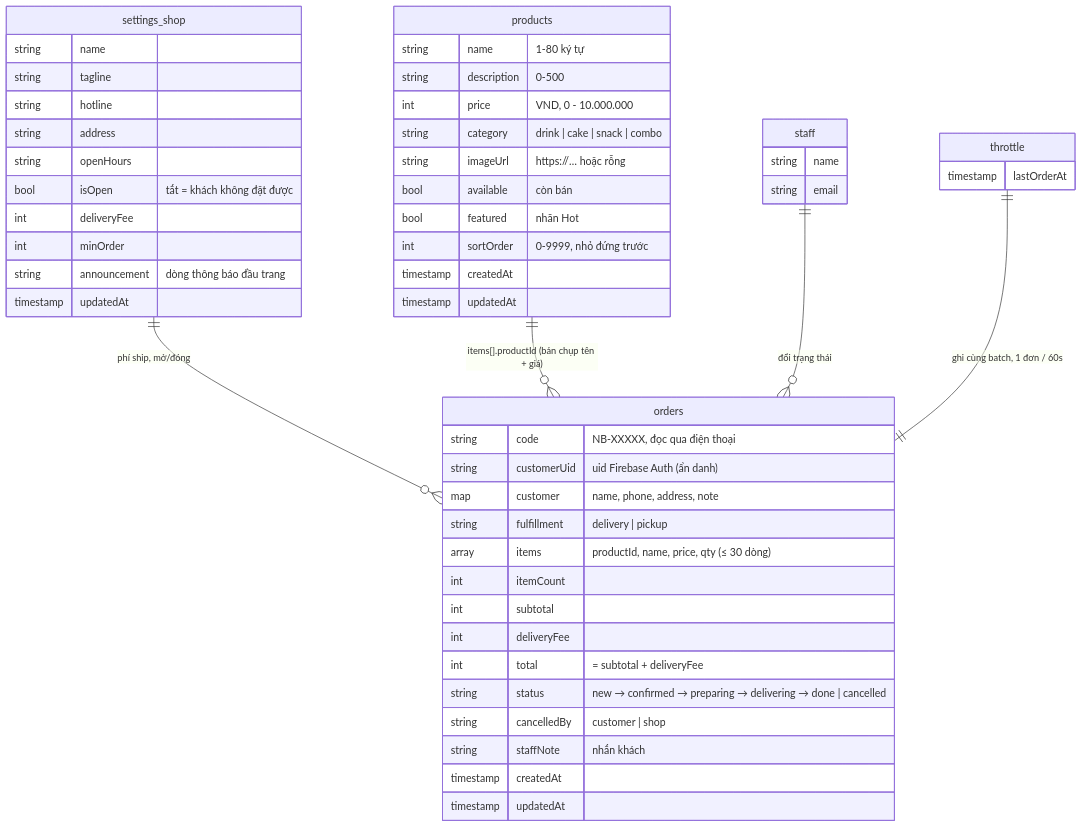
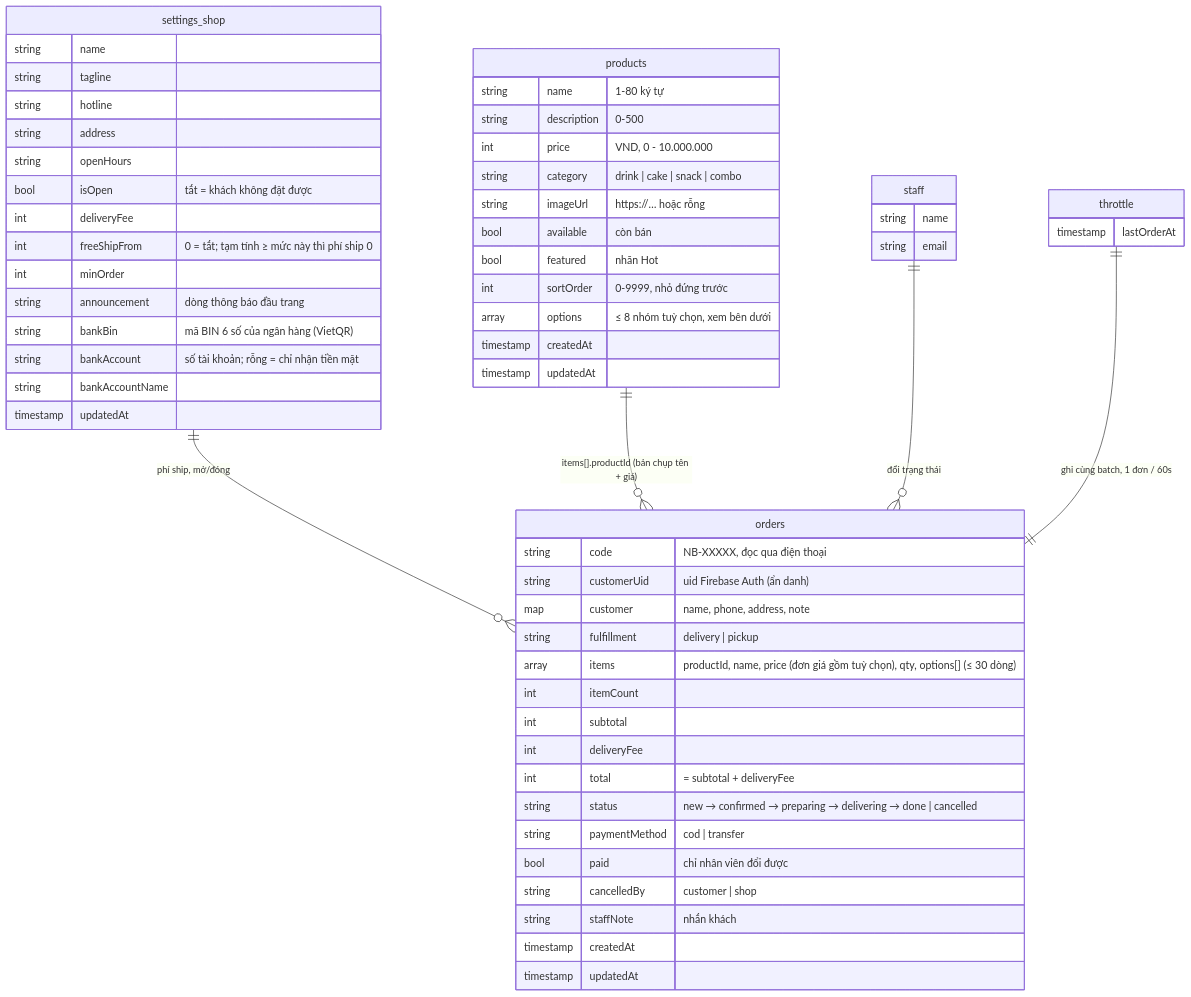
Before and after one commit to Phuc2405/snack-shop: the first of 2 diagrams in docs/DATABASE.md, drawn with Mermaid. The commit also changed other lines of this file and 45 other files, not shown here.

First line of the commit message:
Tuỳ chọn món, freeship, thanh toán VietQR, tách phiên khách/nhân viên

````diff
--- a/docs/DATABASE.md
+++ b/docs/DATABASE.md
@@ -9,55 +9,62 @@
 ```mermaid
 erDiagram
     settings_shop ||--o{ orders : "phí ship, mở/đóng"
     products ||--o{ orders : "items[].productId (bản chụp tên + giá)"
     staff ||--o{ orders : "đổi trạng thái"
     throttle ||--|| orders : "ghi cùng batch, 1 đơn / 60s"
 
     products {
         string name "1-80 ký tự"
         string description "0-500"
         int price "VND, 0 - 10.000.000"
         string category "drink | cake | snack | combo"
         string imageUrl "https://… hoặc rỗng"
         bool available "còn bán"
         bool featured "nhãn Hot"
         int sortOrder "0-9999, nhỏ đứng trước"
+        array options "≤ 8 nhóm tuỳ chọn, xem bên dưới"
         timestamp createdAt
         timestamp updatedAt
     }
     settings_shop {
         string name
         string tagline
         string hotline
         string address
         string openHours
         bool isOpen "tắt = khách không đặt được"
         int deliveryFee
+        int freeShipFrom "0 = tắt; tạm tính ≥ mức này thì phí ship 0"
         int minOrder
         string announcement "dòng thông báo đầu trang"
+        string bankBin "mã BIN 6 số của ngân hàng (VietQR)"
+        string bankAccount "số tài khoản; rỗng = chỉ nhận tiền mặt"
+        string bankAccountName
         timestamp updatedAt
     }
     orders {
         string code "NB-XXXXX, đọc qua điện thoại"
         string customerUid "uid Firebase Auth (ẩn danh)"
         map customer "name, phone, address, note"
         string fulfillment "delivery | pickup"
-        array items "productId, name, price, qty (≤ 30 dòng)"
+        array items "productId, name, price (đơn giá gồm tuỳ chọn), qty, options[] (≤ 30 dòng)"
         int itemCount
         int subtotal
         int deliveryFee
         int total "= subtotal + deliveryFee"
         string status "new → confirmed → preparing → delivering → done | cancelled"
+        string paymentMethod "cod | transfer"
+        bool paid "chỉ nhân viên đổi được"
         string cancelledBy "customer | shop"
         string staffNote "nhắn khách"
         timestamp createdAt
         timestamp updatedAt
     }
     staff {
         string name
         string email
     }
     throttle {
         timestamp lastOrderAt
     }
 ```
````
